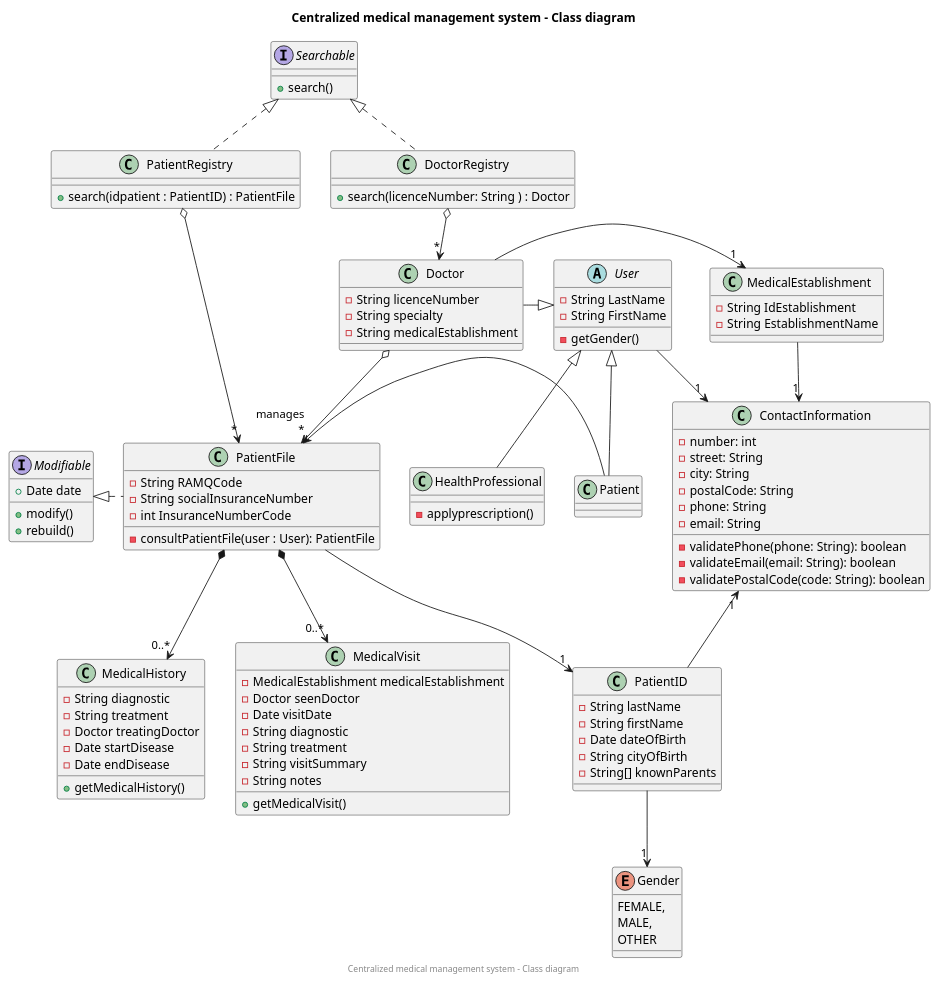
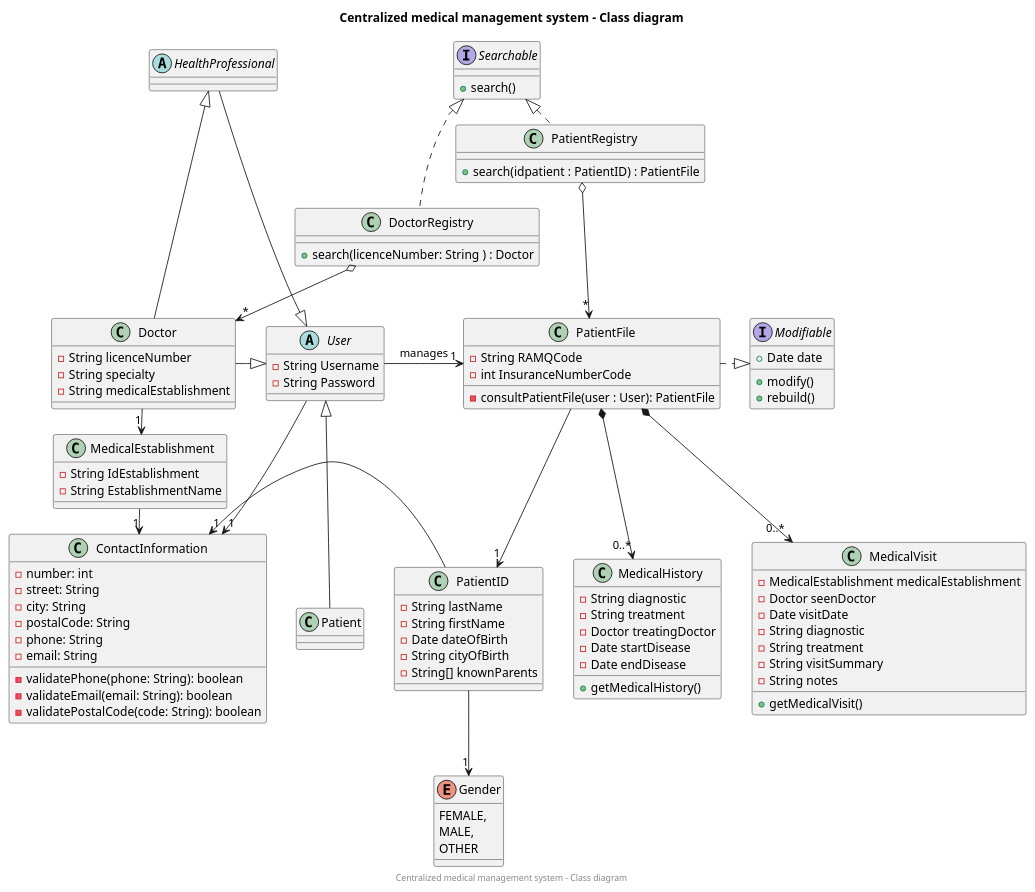
Before and after one commit to AmineSdi/PROJET_JAVAFX: the diagram in Models/plantuml/class.puml, drawn with PlantUML.

Commit message:
Modifie la classe User et ses relations
- Met Username et Password dans User au lieu de LastName et FirstName

- Enleve applyPrescription() dans HealthProfessional.

- Enleve le lien entre Doctor et PatientFile et lie User à PatientFile.

- Herite la classe Doctor  de HealthProfessional

- Change  HealthProfessional pour une classe Abstraite

```diff
--- a/Models/plantuml/class.puml
+++ b/Models/plantuml/class.puml
@@ -1,157 +1,157 @@
 @startuml
 title Centralized medical management system - Class diagram
 center footer Centralized medical management system - Class diagram
 
 ' TODO : Methods for each class.
 ' TODO : Add responsibilities? interfaces?
 ' TODO : clean up
 
 class PatientRegistry {
 + search(idpatient : PatientID) : PatientFile
 }
 PatientRegistry o-> "*" PatientFile
 
 interface Searchable {
 + search()
 }
 Searchable <|.. DoctorRegistry
-Searchable <|.. PatientRegistry
+Searchable <|. PatientRegistry
 
 class DoctorRegistry {
 + search(licenceNumber: String ) : Doctor
 }
 DoctorRegistry o--> "*" Doctor
 
 class PatientFile{
      -String RAMQCode
-     -String socialInsuranceNumber
      -int InsuranceNumberCode
 '    -PatientID patientID
 '    -MedicalVisits[] medicalVisits
 '    -MedicalHistory[] medicalHistory
 
     'PRIVATE METHODS
     - consultPatientFile(user : User): PatientFile
 }
 
 abstract class User{
-- String LastName
-- String FirstName
-{method} - getGender()
+- String Username
+- String Password
+
 }
 
 
 
 
 class Patient{
 {method}
 }
-PatientFile <- Patient
 
 User <|-- Patient
+User ->"1" PatientFile : manages
 User -->"1" ContactInformation
 
 
-class HealthProfessional{
-{method} - applyprescription()
+abstract class HealthProfessional{
+{method}
 }
 
-User <|-- HealthProfessional
+HealthProfessional ^--- Doctor
+HealthProfessional -|> User
 
 class MedicalEstablishment{
 
 - String IdEstablishment
 - String EstablishmentName
 
 }
 MedicalEstablishment ->"1" ContactInformation
 Doctor ->"1" MedicalEstablishment
 
 class MedicalHistory{
     -String diagnostic
     -String treatment
     -Doctor treatingDoctor
     -Date startDisease
     -Date endDisease
 '   -DatePair datePair
 {method} + getMedicalHistory()
 }
 
 class MedicalVisit{
     -MedicalEstablishment medicalEstablishment
     -Doctor seenDoctor
     -Date visitDate
     -String diagnostic
     -String treatment
     -String visitSummary
     -String notes
 {method} +getMedicalVisit()
 }
 
 class Doctor{
     -String licenceNumber
     -String specialty
     -String medicalEstablishment
 {method}
 
 }
 
 class PatientID {
     -String lastName
     -String firstName
     -Date dateOfBirth
     -String cityOfBirth
     -String[] knownParents
 }
 
 class ContactInformation {
     - number: int
     - street: String
     - city: String
     - postalCode: String
     - phone: String
     - email: String
 '    + modifyContactInfo()
     - validatePhone(phone: String): boolean
     - validateEmail(email: String): boolean
     - validatePostalCode(code: String): boolean
 }
 
 'class Interface{
 '}
 
 
 
 interface Modifiable {
 + Date date
 {method}+modify()
 +rebuild()
 
 }
-Modifiable  <|. PatientFile
+PatientFile   .|> Modifiable
 
 enum Gender{
     FEMALE,
     MALE,
     OTHER
 }
 
 'Interface -- Doctor
 'Interface -- PatientFile
 
-Doctor o--> "manages\r*" PatientFile
+
 Doctor -|> User
 
 PatientFile --> "1" PatientID
 PatientFile *--> "0..*" MedicalHistory
 PatientFile *--> "0..*" MedicalVisit
 
 
 
 PatientID --> "1" Gender
 
 ContactInformation "1" <- PatientID
 
 
 
 @enduml
```
